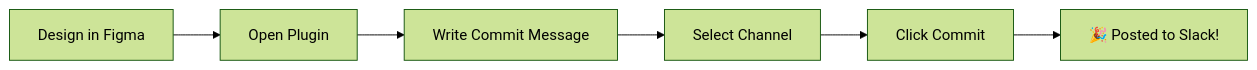
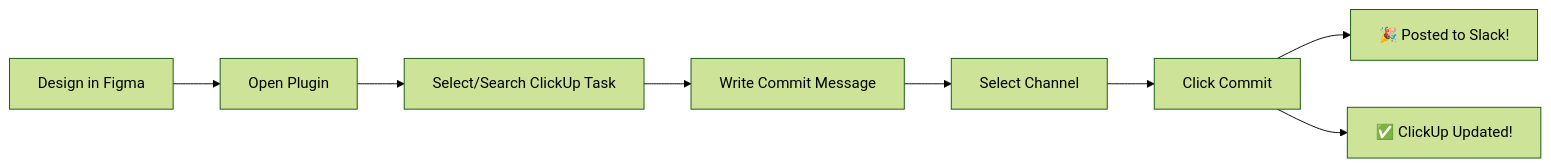
Before and after one commit to alfianimanuddin-design/figma-updates-to-slack-plugin: the diagram in README.md, drawn with Mermaid (forest theme). The commit also changed other lines of this file and 1 other file, not shown here.

````diff
--- a/README.md
+++ b/README.md
@@ -102,8 +128,10 @@
 ```mermaid
 graph LR
     A[Design in Figma] --> B[Open Plugin]
-    B --> C[Write Commit Message]
-    C --> D[Select Channel]
-    D --> E[Click Commit]
-    E --> F[🎉 Posted to Slack!]
+    B --> C[Select/Search ClickUp Task]
+    C --> D[Write Commit Message]
+    D --> E[Select Channel]
+    E --> F[Click Commit]
+    F --> G[🎉 Posted to Slack!]
+    F --> H[✅ ClickUp Updated!]
 ```
````
